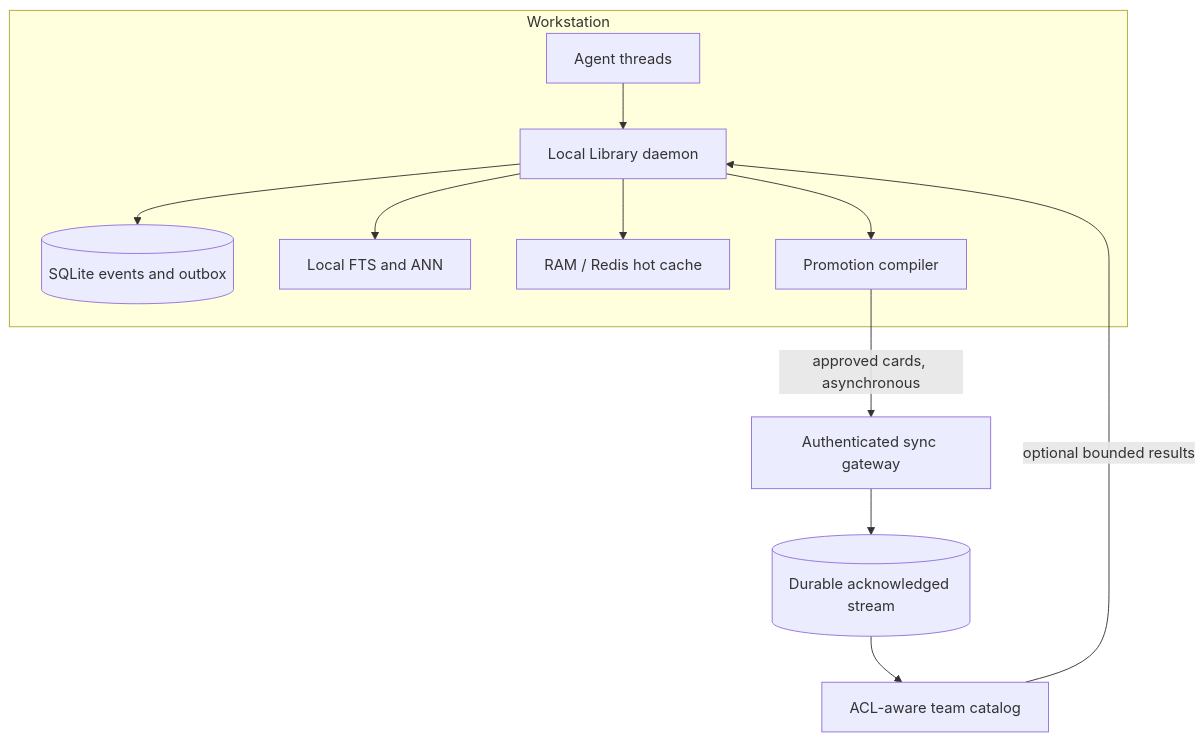
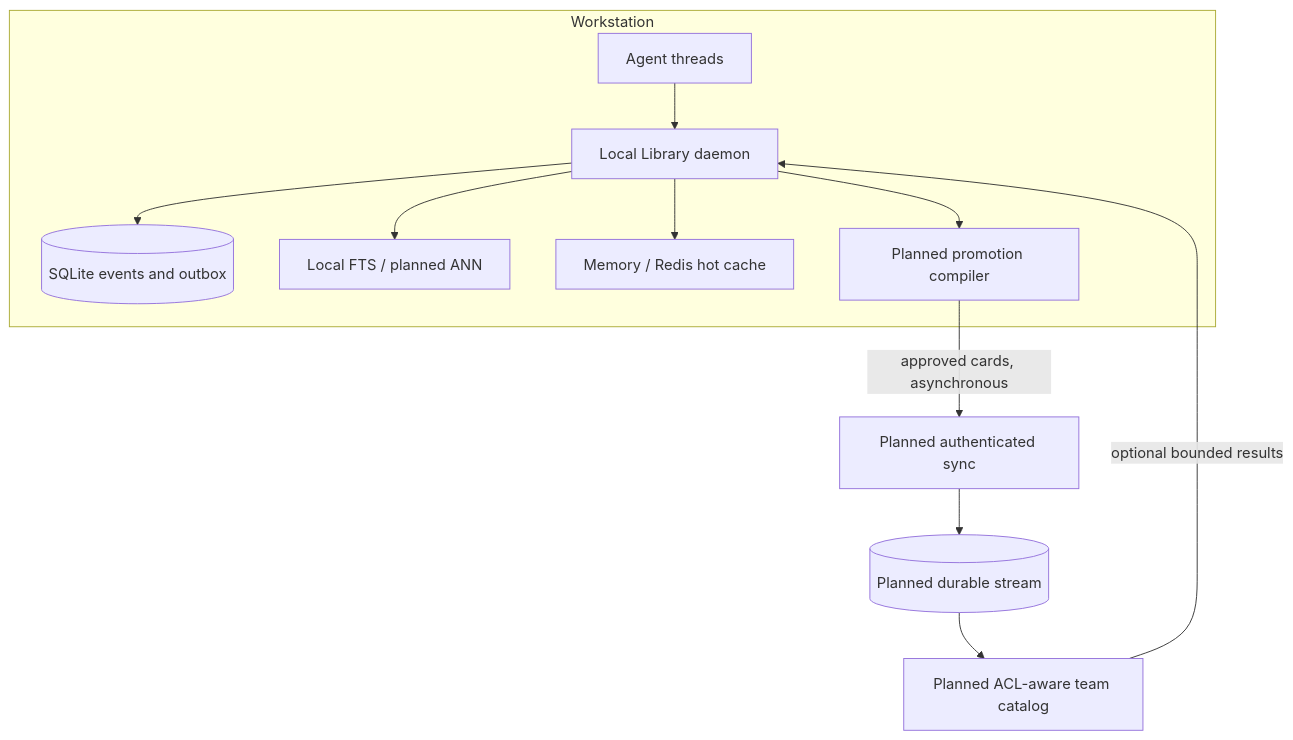
The diagram in docs/TEAM_ARCHITECTURE.md (hwillGIT/library-of-context), drawn with Mermaid before and after one commit. The commit also changed other lines of this file and 108 other files, not shown here.

````diff
--- a/docs/TEAM_ARCHITECTURE.md
+++ b/docs/TEAM_ARCHITECTURE.md
@@ -28,15 +56,15 @@
 ```mermaid
 flowchart TB
     subgraph Workstation
         A[Agent threads] --> D[Local Library daemon]
         D --> Q[(SQLite events and outbox)]
-        D --> L[Local FTS and ANN]
-        D --> R[RAM / Redis hot cache]
-        D --> P[Promotion compiler]
+        D --> L[Local FTS / planned ANN]
+        D --> R[Memory / Redis hot cache]
+        D --> P[Planned promotion compiler]
     end
 
-    P -->|approved cards, asynchronous| G[Authenticated sync gateway]
-    G --> B[(Durable acknowledged stream)]
-    B --> T[ACL-aware team catalog]
+    P -->|approved cards, asynchronous| G[Planned authenticated sync]
+    G --> B[(Planned durable stream)]
+    B --> T[Planned ACL-aware team catalog]
     T -->|optional bounded results| D
 ```
````
